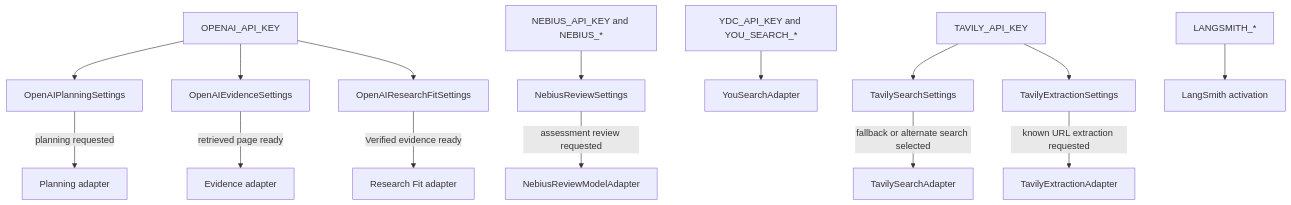
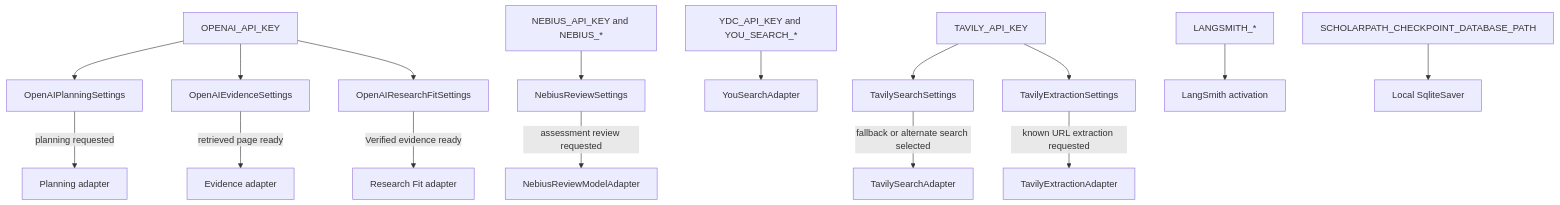
Diagram 16 of 17 in projects/scholar-path/docs/architecture.md (shanly-rajan/ai-builder), drawn with Mermaid before and after one commit. The commit also changed other lines of this file and 35 other files, not shown here.

````diff
--- a/projects/scholar-path/docs/architecture.md
+++ b/projects/scholar-path/docs/architecture.md
@@ -565,17 +627,18 @@
 ```mermaid
 flowchart TB
     OAI[OPENAI_API_KEY] --> OP[OpenAIPlanningSettings]
     OAI --> OE[OpenAIEvidenceSettings]
     OAI --> ORF[OpenAIResearchFitSettings]
     OP -->|planning requested| OPA[Planning adapter]
     OE -->|retrieved page ready| OEA[Evidence adapter]
     ORF -->|Verified evidence ready| ORFA[Research Fit adapter]
     NEB[NEBIUS_API_KEY and NEBIUS_*] --> NS[NebiusReviewSettings]
     NS -->|assessment review requested| NRA[NebiusReviewModelAdapter]
     YDC[YDC_API_KEY and YOU_SEARCH_*] --> YOU[YouSearchAdapter]
     TKEY[TAVILY_API_KEY] --> TS[TavilySearchSettings]
     TKEY --> TE[TavilyExtractionSettings]
     TS -->|fallback or alternate search selected| TSA[TavilySearchAdapter]
     TE -->|known URL extraction requested| TEA[TavilyExtractionAdapter]
     LS[LANGSMITH_*] --> LSC[LangSmith activation]
+    DB[SCHOLARPATH_CHECKPOINT_DATABASE_PATH] --> SQLITE[Local SqliteSaver]
 ```
````
